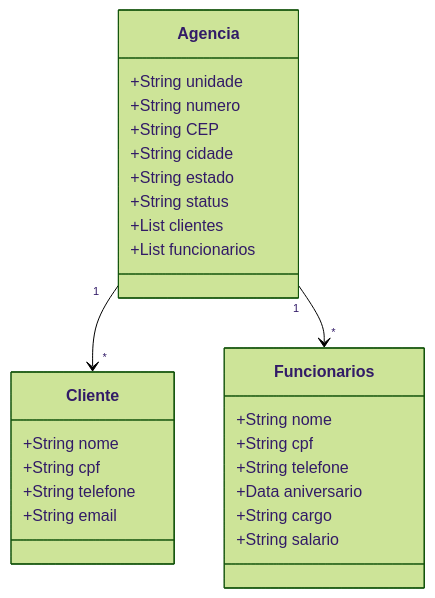
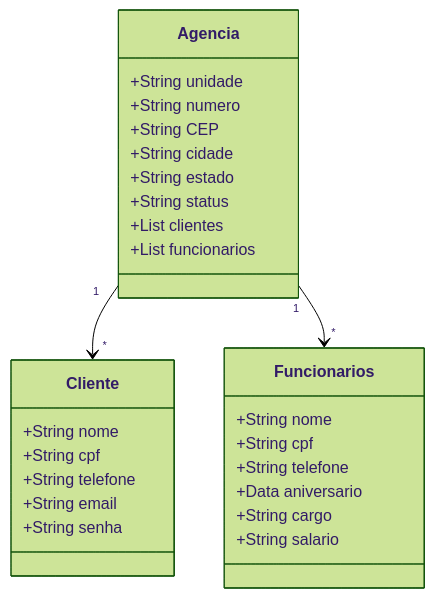
The diagram in README.md (Myrella-Goms/decola-tech-API-desafio-2025), drawn with Mermaid (forest theme) before and after one commit.

````diff
--- a/README.md
+++ b/README.md
@@ -14,32 +14,33 @@
 ```mermaid
 classDiagram
     class Agencia {
         +String unidade
         +String numero
         +String CEP
         +String cidade
         +String estado
         +String status
         +List<Clientes> clientes
         +List<Funcionarios> funcionarios
     }
 
     class Cliente {
         +String nome
         +String cpf
         +String telefone
         +String email
+        +String senha
     }
 
     class Funcionarios {
         +String nome
         +String cpf
         +String telefone
         +Data aniversario
         +String cargo
         +String salario
     }
 
     Agencia "1" --> "*" Cliente
     Agencia "1" --> "*" Funcionarios
 ```
````
